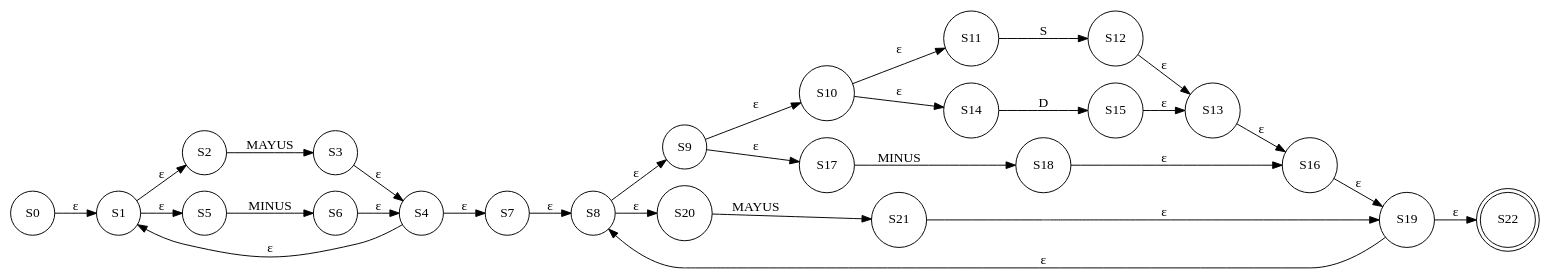
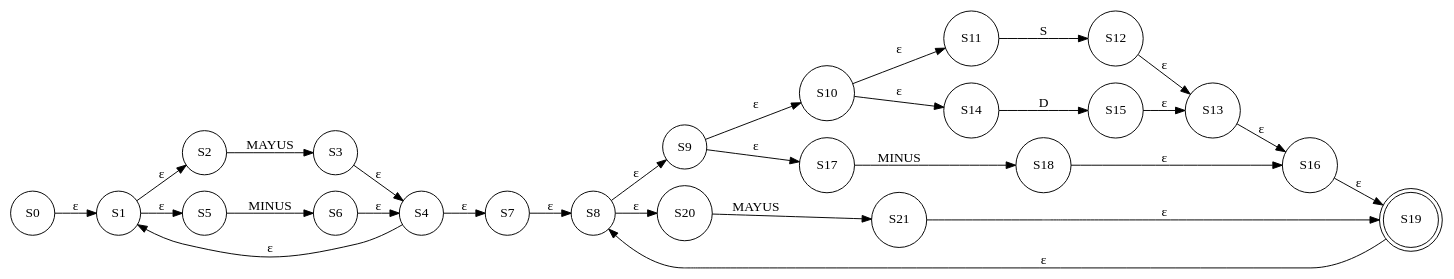
One commit to AaronGMG2000/-OLC1-Proyecto1 changed the diagram in [OLC1]201903872_Proyecto1/AFND_201903872/EXP1.dot. Above: the diagram before and after it, drawn with Graphviz. The commit also changed 134 other files, not shown here.

```diff
--- a/[OLC1]201903872_Proyecto1/AFND_201903872/EXP1.dot
+++ b/[OLC1]201903872_Proyecto1/AFND_201903872/EXP1.dot
@@ -1,57 +1,55 @@
 digraph grafica{
 rankdir=LR;
 forcelabels= true;
 node [shape = circle];
 S0;
 S1;
 S2;
 S3;
 S4;
 S5;
 S6;
 S7;
 S8;
 S9;
 S10;
 S11;
 S12;
 S13;
 S14;
 S15;
 S16;
 S17;
 S18;
-S19;
+S19[shape = doublecircle];
 S20;
 S21;
-S22[shape = doublecircle];
 S1->S2[label="ε"]
 S1->S5[label="ε"]
 S2->S3[label="MAYUS"]
 S3->S4[label="ε"]
 S5->S6[label="MINUS"]
 S6->S4[label="ε"]
 S0->S1[label="ε"]
 S4->S1[label="ε"]
 S4->S7[label="ε"]
 S10->S11[label="ε"]
 S10->S14[label="ε"]
 S11->S12[label="S"]
 S12->S13[label="ε"]
 S14->S15[label="D"]
 S15->S13[label="ε"]
 S9->S10[label="ε"]
 S9->S17[label="ε"]
 S13->S16[label="ε"]
 S17->S18[label="MINUS"]
 S18->S16[label="ε"]
 S8->S9[label="ε"]
 S8->S20[label="ε"]
 S16->S19[label="ε"]
 S20->S21[label="MAYUS"]
 S21->S19[label="ε"]
 S7->S8[label="ε"]
 S19->S8[label="ε"]
-S19->S22[label="ε"]
 
 }
```
